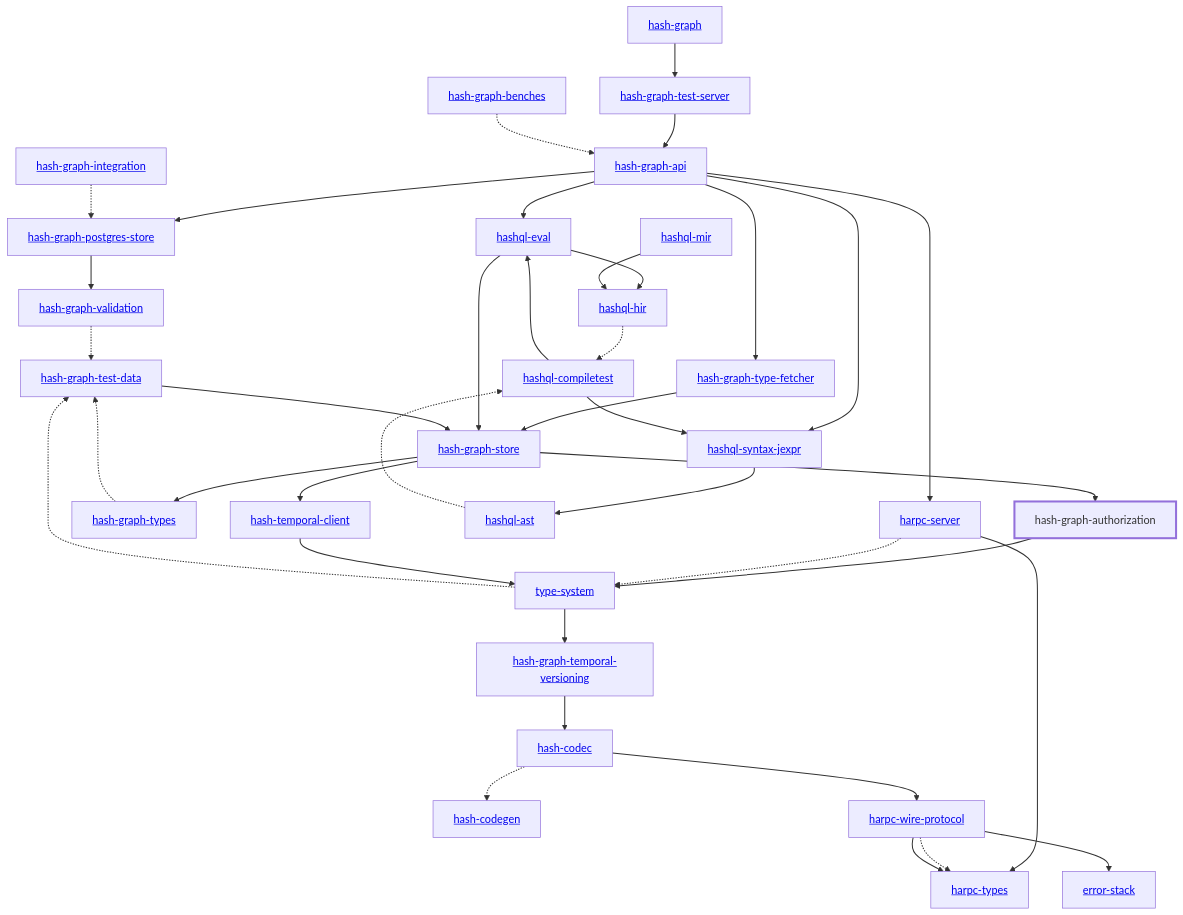
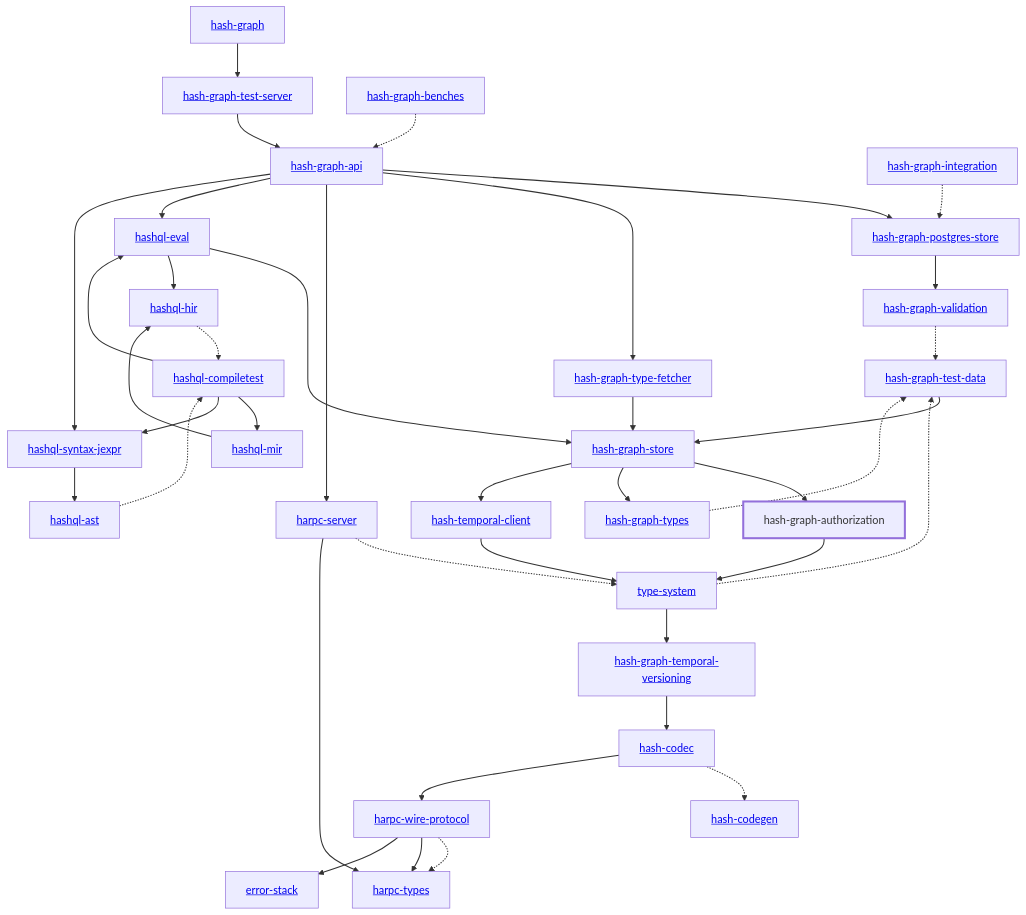
One commit to hashintel/hash changed the diagram in libs/@local/graph/authorization/docs/dependency-diagram.mmd. Above: the diagram before and after it, drawn with Mermaid. The commit also changed 22 other files, not shown here.

Commit message:
fix: dependency diagram

```diff
--- a/libs/@local/graph/authorization/docs/dependency-diagram.mmd
+++ b/libs/@local/graph/authorization/docs/dependency-diagram.mmd
@@ -1,75 +1,76 @@
 graph TD
     linkStyle default stroke-width:1.5px
     classDef default stroke-width:1px
     classDef root stroke-width:3px
     classDef dev stroke-width:1px
     classDef build stroke-width:1px
     %% Legend
     %% --> : Normal dependency
     %% -.-> : Dev dependency
     %% ---> : Build dependency
     0[<a href="../hash_graph/index.html">hash-graph</a>]
     1[<a href="../type_system/index.html">type-system</a>]
     2[<a href="../hash_codec/index.html">hash-codec</a>]
     3[<a href="../hash_codegen/index.html">hash-codegen</a>]
     4[<a href="../hash_graph_api/index.html">hash-graph-api</a>]
     5[hash-graph-authorization]
     class 5 root
     6[<a href="../hash_graph_postgres_store/index.html">hash-graph-postgres-store</a>]
     7[<a href="../hash_graph_store/index.html">hash-graph-store</a>]
     8[<a href="../hash_graph_temporal_versioning/index.html">hash-graph-temporal-versioning</a>]
     9[<a href="../hash_graph_test_server/index.html">hash-graph-test-server</a>]
     10[<a href="../hash_graph_type_fetcher/index.html">hash-graph-type-fetcher</a>]
     11[<a href="../hash_graph_types/index.html">hash-graph-types</a>]
     12[<a href="../hash_graph_validation/index.html">hash-graph-validation</a>]
     13[<a href="../harpc_server/index.html">harpc-server</a>]
     14[<a href="../harpc_types/index.html">harpc-types</a>]
     15[<a href="../harpc_wire_protocol/index.html">harpc-wire-protocol</a>]
     16[<a href="../hashql_ast/index.html">hashql-ast</a>]
     17[<a href="../hashql_compiletest/index.html">hashql-compiletest</a>]
     18[<a href="../hashql_eval/index.html">hashql-eval</a>]
     19[<a href="../hashql_hir/index.html">hashql-hir</a>]
     20[<a href="../hashql_mir/index.html">hashql-mir</a>]
     21[<a href="../hashql_syntax_jexpr/index.html">hashql-syntax-jexpr</a>]
     22[<a href="../hash_temporal_client/index.html">hash-temporal-client</a>]
     23[<a href="../error_stack/index.html">error-stack</a>]
     24[<a href="../hash_graph_benches/index.html">hash-graph-benches</a>]
     25[<a href="../hash_graph_integration/index.html">hash-graph-integration</a>]
     26[<a href="../hash_graph_test_data/index.html">hash-graph-test-data</a>]
     0 --> 9
     1 --> 8
     1 -.-> 26
     2 -.-> 3
     2 --> 15
     4 --> 6
     4 --> 10
     4 --> 13
     4 --> 18
     4 --> 21
     5 --> 1
     6 --> 12
     7 --> 5
     7 --> 11
     7 --> 22
     8 --> 2
     9 --> 4
     10 --> 7
     11 -.-> 26
     12 -.-> 26
     13 -.-> 1
     13 --> 14
     15 -.-> 14
     15 --> 14
     15 --> 23
     16 -.-> 17
     17 --> 18
+    17 --> 20
     17 --> 21
     18 --> 7
     18 --> 19
     19 -.-> 17
     20 --> 19
     21 --> 16
     22 --> 1
     24 -.-> 4
     25 -.-> 6
     26 --> 7
```
